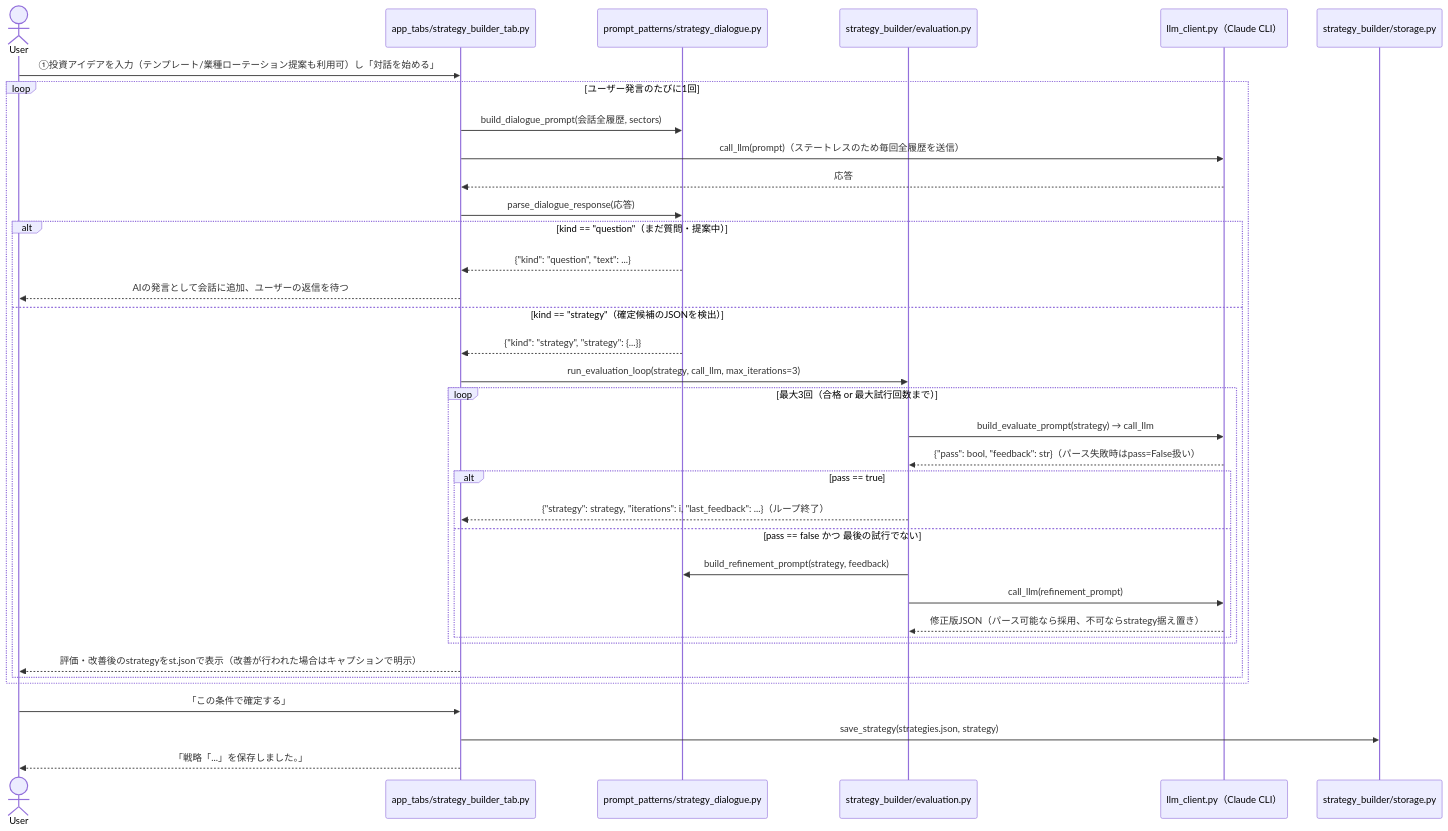
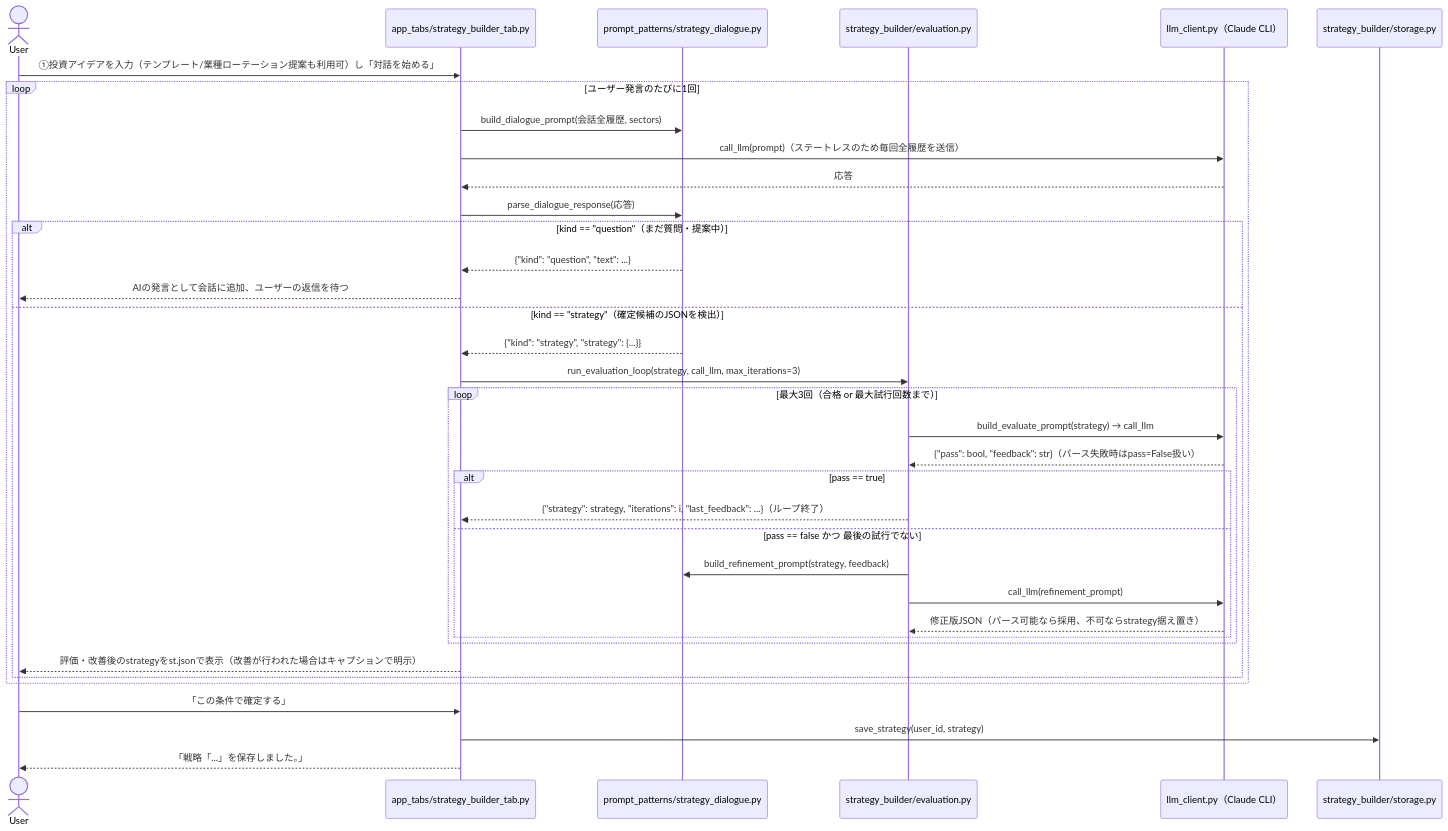
Before and after one commit to duwenji/ai-stock-investing-tutorial: the ninth of 11 diagrams in app/docs/app-design.md, drawn with Mermaid. The commit also changed other lines of this file, not shown here.

````diff
--- a/app/docs/app-design.md
+++ b/app/docs/app-design.md
@@ -812,39 +810,39 @@
 ```mermaid
 sequenceDiagram
     actor User
     participant UI as app_tabs/strategy_builder_tab.py
     participant DialogueP as prompt_patterns/strategy_dialogue.py
     participant Eval as strategy_builder/evaluation.py
     participant LLM as llm_client.py（Claude CLI）
     participant Storage as strategy_builder/storage.py
 
     User->>UI: ①投資アイデアを入力（テンプレート/業種ローテーション提案も利用可）し「対話を始める」
     loop ユーザー発言のたびに1回
         UI->>DialogueP: build_dialogue_prompt(会話全履歴, sectors)
         UI->>LLM: call_llm(prompt)（ステートレスのため毎回全履歴を送信）
         LLM-->>UI: 応答
         UI->>DialogueP: parse_dialogue_response(応答)
         alt kind == "question"（まだ質問・提案中）
             DialogueP-->>UI: {"kind": "question", "text": ...}
             UI-->>User: AIの発言として会話に追加、ユーザーの返信を待つ
         else kind == "strategy"（確定候補のJSONを検出）
             DialogueP-->>UI: {"kind": "strategy", "strategy": {...}}
             UI->>Eval: run_evaluation_loop(strategy, call_llm, max_iterations=3)
             loop 最大3回（合格 or 最大試行回数まで）
                 Eval->>LLM: build_evaluate_prompt(strategy) → call_llm
                 LLM-->>Eval: {"pass": bool, "feedback": str}（パース失敗時はpass=False扱い）
                 alt pass == true
                     Eval-->>UI: {"strategy": strategy, "iterations": i, "last_feedback": ...}（ループ終了）
                 else pass == false かつ 最後の試行でない
                     Eval->>DialogueP: build_refinement_prompt(strategy, feedback)
                     Eval->>LLM: call_llm(refinement_prompt)
                     LLM-->>Eval: 修正版JSON（パース可能なら採用、不可ならstrategy据え置き）
                 end
             end
             UI-->>User: 評価・改善後のstrategyをst.jsonで表示（改善が行われた場合はキャプションで明示）
         end
     end
     User->>UI: 「この条件で確定する」
-    UI->>Storage: save_strategy(strategies.json, strategy)
+    UI->>Storage: save_strategy(user_id, strategy)
     UI-->>User: 「戦略「...」を保存しました。」
 ```
````
